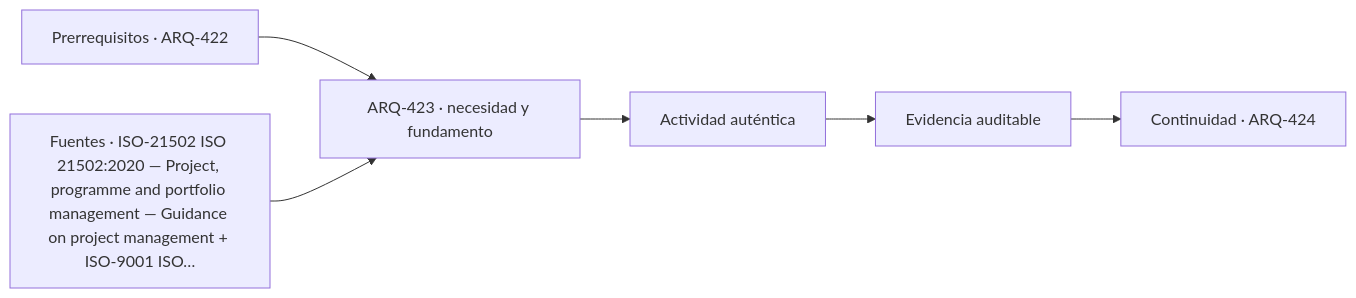
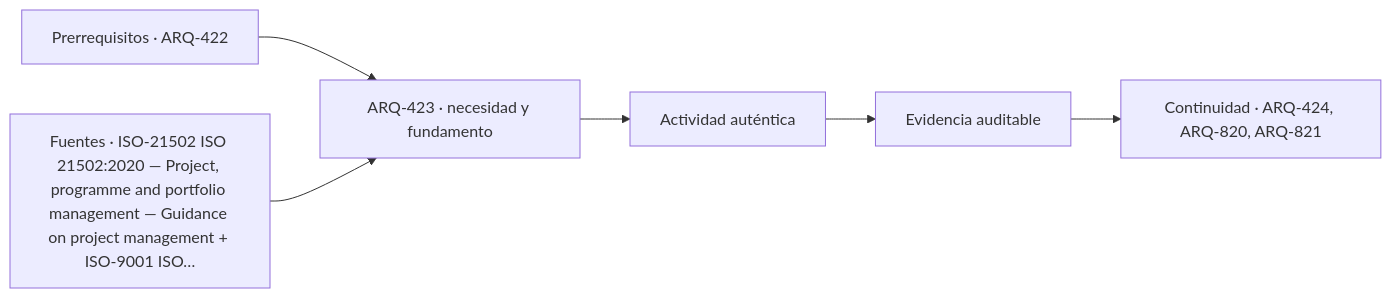
Before and after one commit to vladimiracunadev-create/architecture-built-environment-learning-program: the diagram in classes/parte-43/ARQ-423.md, drawn with Mermaid. The commit also changed other lines of this file and 234 other files, not shown here.

````diff
--- a/classes/parte-43/ARQ-423.md
+++ b/classes/parte-43/ARQ-423.md
@@ -87,8 +87,8 @@
 ```mermaid
 flowchart LR
     A["Prerrequisitos · ARQ-422"] --> B["ARQ-423 · necesidad y fundamento"]
     S["Fuentes · ISO-21502 ISO 21502:2020 — Project, programme and portfolio management — Guidance on project management + ISO-9001 ISO…"] --> B
     B --> C["Actividad auténtica"]
     C --> D["Evidencia auditable"]
-    D --> E["Continuidad · ARQ-424"]
+    D --> E["Continuidad · ARQ-424, ARQ-820, ARQ-821"]
 ```
````
